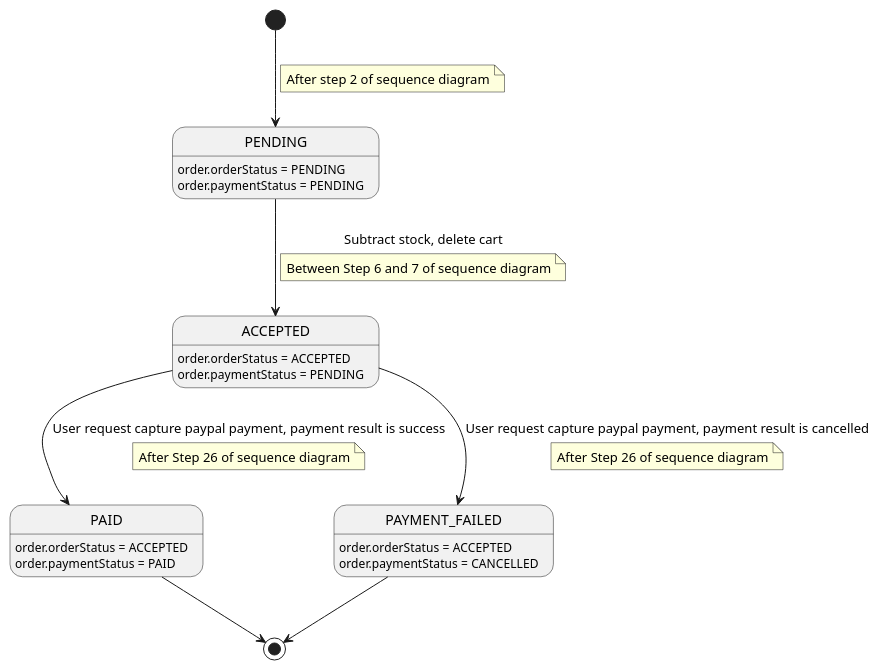
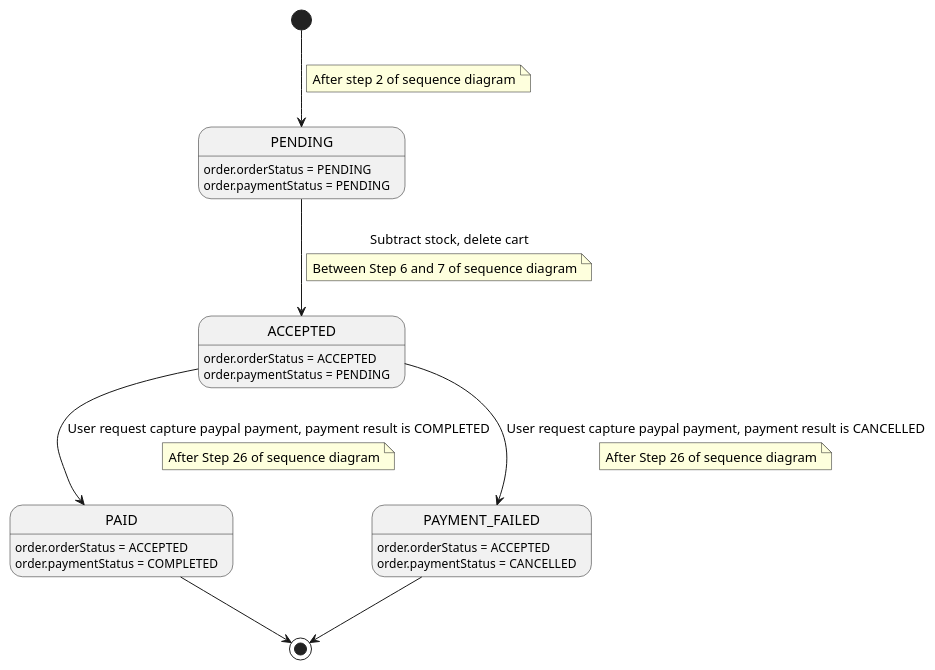
Before and after one commit to nashtech-garage/yas: the diagram in order/docs/uml/OrderStateDiagram.puml, drawn with PlantUML. The commit also changed 1 other file, not shown here.

Commit message:
Fix: rename status to reflect the correct name in the code

```diff
--- a/order/docs/uml/OrderStateDiagram.puml
+++ b/order/docs/uml/OrderStateDiagram.puml
@@ -1,31 +1,31 @@
 @startuml Order State diagram
 [*] --> PENDING
 note on link
 After step 2 of sequence diagram
 end note
 PENDING: order.orderStatus = PENDING
 PENDING: order.paymentStatus = PENDING
 
 PENDING --> ACCEPTED: Subtract stock, delete cart 
 note on link
 Between Step 6 and 7 of sequence diagram
 end note
 ACCEPTED: order.orderStatus = ACCEPTED
 ACCEPTED: order.paymentStatus = PENDING
 
-ACCEPTED --> PAID: User request capture paypal payment, payment result is success
+ACCEPTED --> PAID: User request capture paypal payment, payment result is COMPLETED
 note on link
 After Step 26 of sequence diagram
 end note
 PAID: order.orderStatus = ACCEPTED
-PAID: order.paymentStatus = PAID
+PAID: order.paymentStatus = COMPLETED
 
-ACCEPTED --> PAYMENT_FAILED: User request capture paypal payment, payment result is cancelled
+ACCEPTED --> PAYMENT_FAILED: User request capture paypal payment, payment result is CANCELLED
 note on link
 After Step 26 of sequence diagram
 end note
 PAYMENT_FAILED: order.orderStatus = ACCEPTED
 PAYMENT_FAILED: order.paymentStatus = CANCELLED
 PAID --> [*]
 PAYMENT_FAILED --> [*]
 @enduml
```
